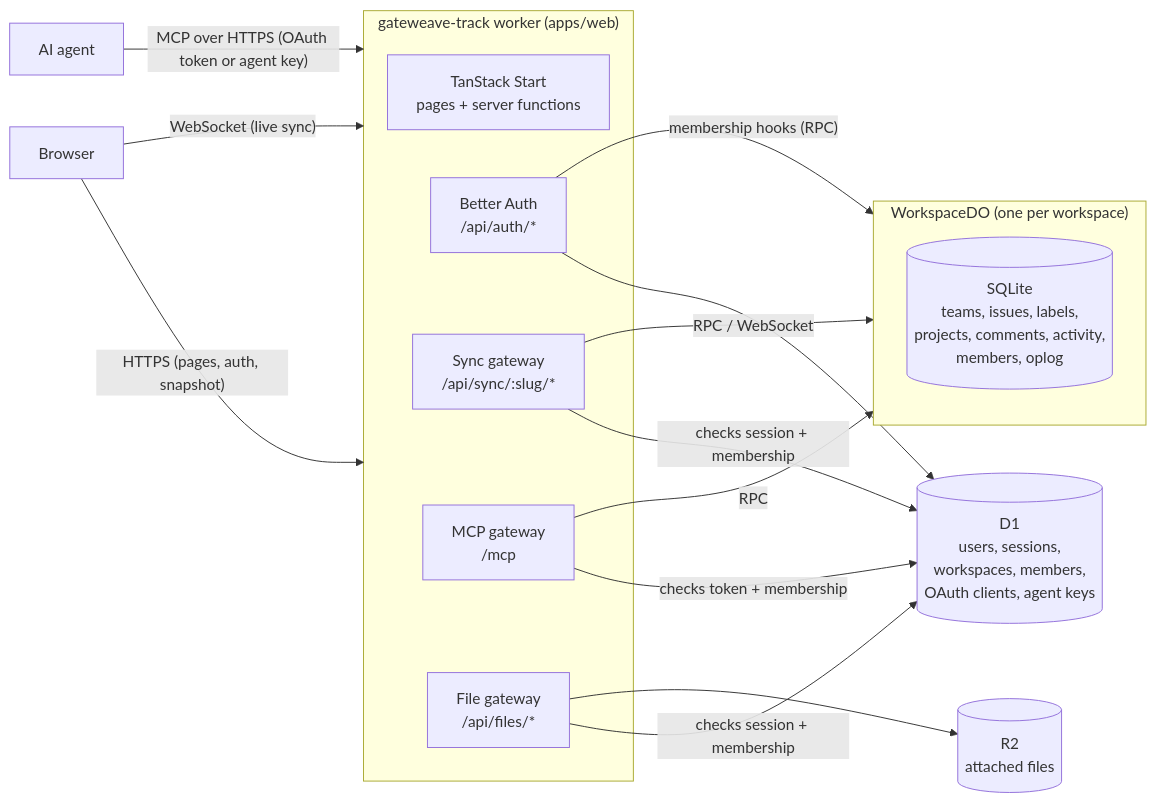
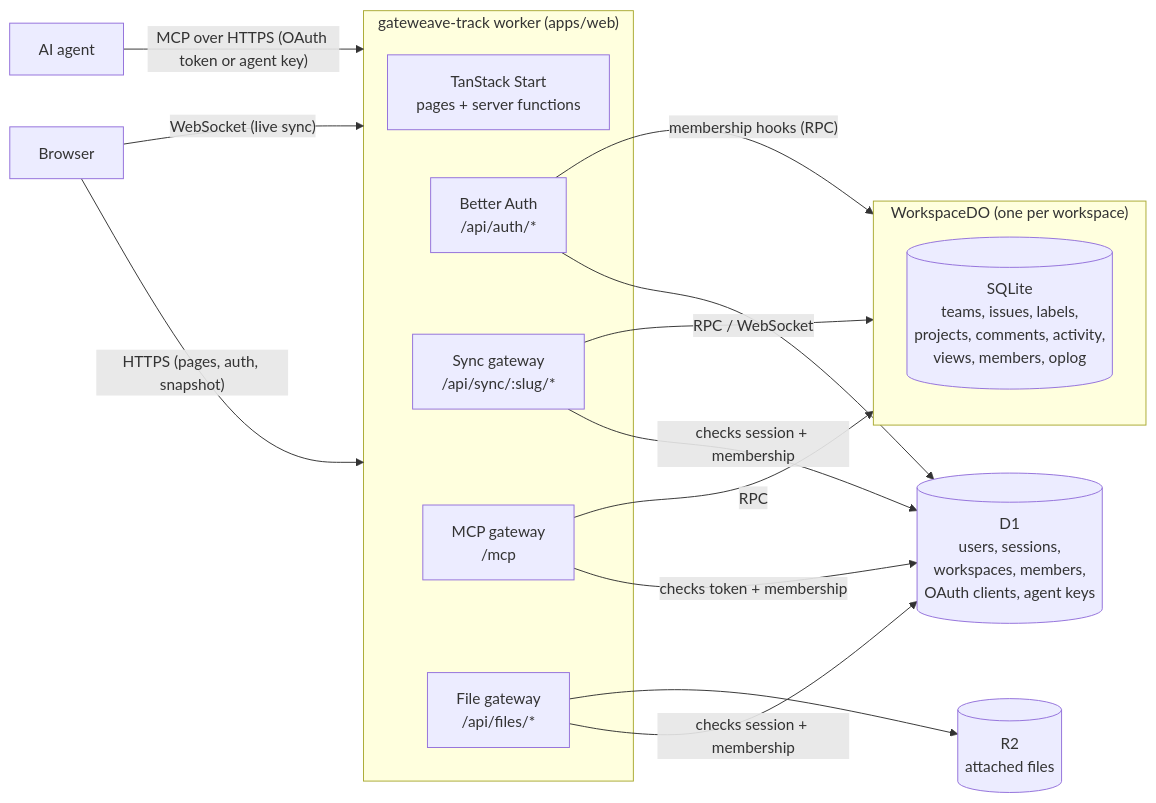
One commit to gateweavehq/track changed the diagram in docs/architecture.md. Above: the diagram before and after it, drawn with Mermaid. The commit also changed other lines of this file and 34 other files, not shown here.

````diff
--- a/docs/architecture.md
+++ b/docs/architecture.md
@@ -8,24 +8,24 @@
 ```mermaid
 flowchart LR
   Browser -- "HTTPS (pages, auth, snapshot)" --> Worker
   Browser -- "WebSocket (live sync)" --> Worker
   Agent["AI agent"] -- "MCP over HTTPS (OAuth token or agent key)" --> Worker
   subgraph Worker["gateweave-track worker (apps/web)"]
     Start["TanStack Start<br/>pages + server functions"]
     Auth["Better Auth<br/>/api/auth/*"]
     Gateway["Sync gateway<br/>/api/sync/:slug/*"]
     Mcp["MCP gateway<br/>/mcp"]
     Files["File gateway<br/>/api/files/*"]
   end
   Auth --> D1[("D1<br/>users, sessions,<br/>workspaces, members,<br/>OAuth clients, agent keys")]
   Gateway -- "checks session + membership" --> D1
   Gateway -- "RPC / WebSocket" --> DO
   Mcp -- "checks token + membership" --> D1
   Mcp -- "RPC" --> DO
   Files -- "checks session + membership" --> D1
   Files --> R2[("R2<br/>attached files")]
   Auth -- "membership hooks (RPC)" --> DO
   subgraph DO["WorkspaceDO (one per workspace)"]
-    SQLite[("SQLite<br/>teams, issues, labels,<br/>projects, comments, activity,<br/>members, oplog")]
+    SQLite[("SQLite<br/>teams, issues, labels,<br/>projects, comments, activity,<br/>views, members, oplog")]
   end
 ```
````
